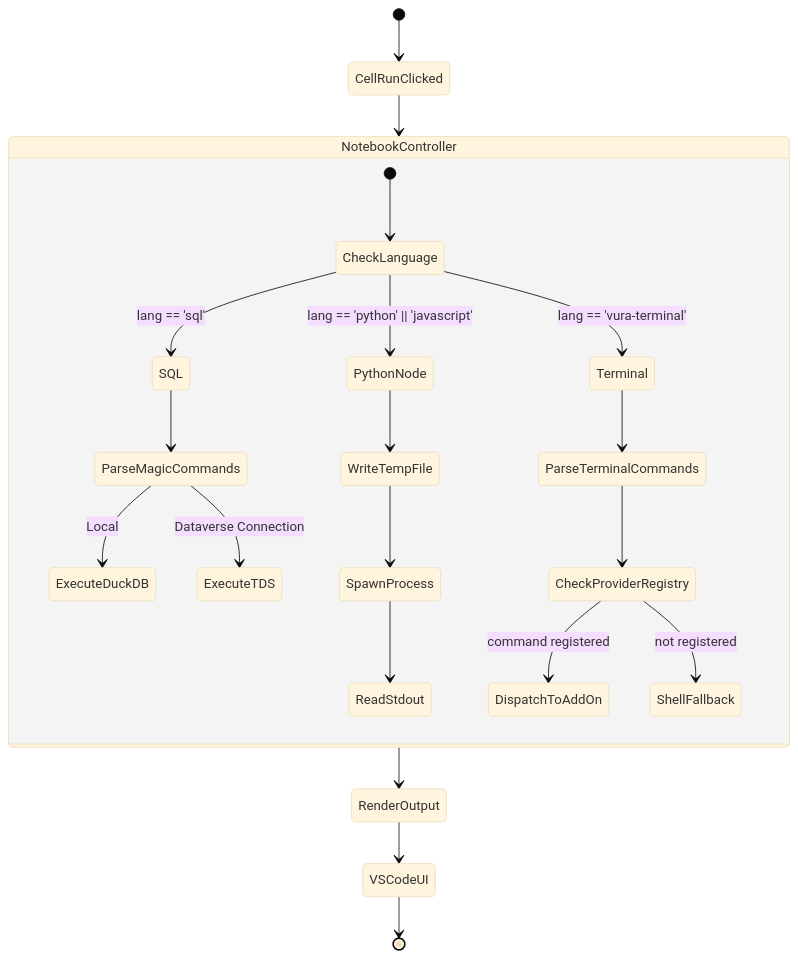
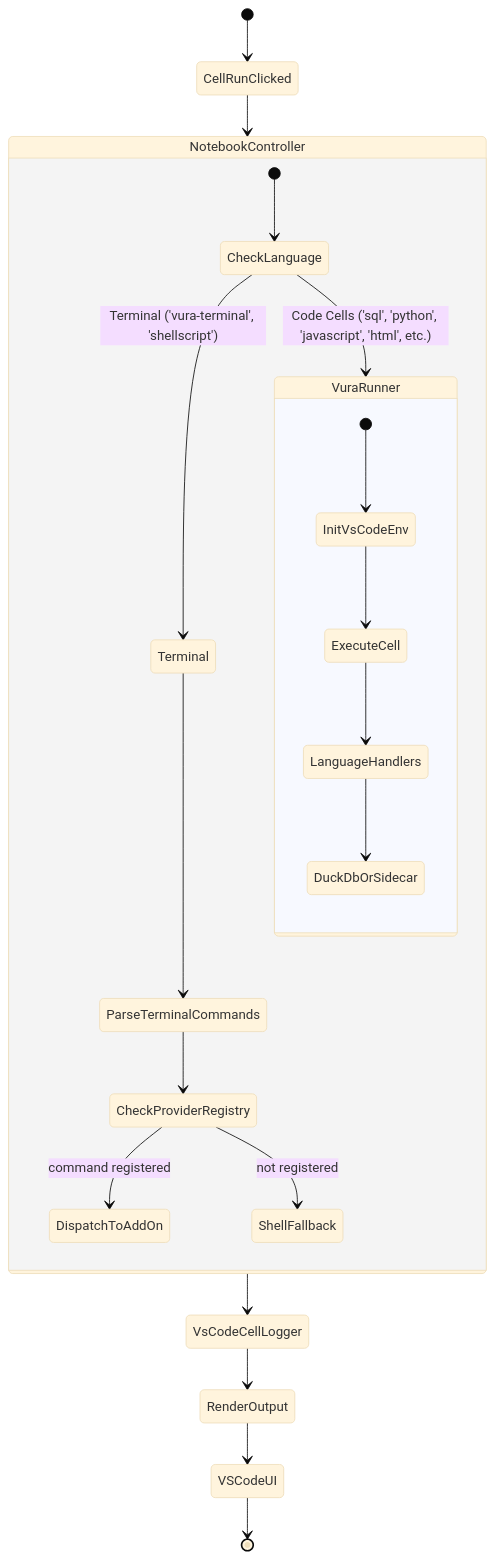
Before and after one commit to nexionlabsdev/vura-public: the diagram in docs/notebook_provider.md, drawn with Mermaid (base theme). The commit also changed other lines of this file and 5 other files, not shown here.

First line of the commit message:
docs: remove gRPC sidecar claims and update execution flow

````diff
--- a/docs/notebook_provider.md
+++ b/docs/notebook_provider.md
@@ -77,31 +76,30 @@
 ```mermaid
 stateDiagram-v2
     [*] --> CellRunClicked
 
     CellRunClicked --> NotebookController
 
     state NotebookController {
         [*] --> CheckLanguage
 
-        CheckLanguage --> SQL : lang == 'sql'
-        CheckLanguage --> PythonNode : lang == 'python' || 'javascript'
-        CheckLanguage --> Terminal : lang == 'vura-terminal'
+        CheckLanguage --> VuraRunner : Code Cells ('sql', 'python', 'javascript', 'html', etc.)
+        CheckLanguage --> Terminal : Terminal ('vura-terminal', 'shellscript')
 
-        SQL --> ParseMagicCommands
-        ParseMagicCommands --> ExecuteDuckDB : Local
-        ParseMagicCommands --> ExecuteTDS : Dataverse Connection
-
-        PythonNode --> WriteTempFile
-        WriteTempFile --> SpawnProcess
-        SpawnProcess --> ReadStdout
+        state VuraRunner {
+            [*] --> InitVsCodeEnv
+            InitVsCodeEnv --> ExecuteCell
+            ExecuteCell --> LanguageHandlers
+            LanguageHandlers --> DuckDbOrSidecar
+        }
 
         Terminal --> ParseTerminalCommands
         ParseTerminalCommands --> CheckProviderRegistry
         CheckProviderRegistry --> DispatchToAddOn : command registered
         CheckProviderRegistry --> ShellFallback : not registered
     }
 
-    NotebookController --> RenderOutput
+    NotebookController --> VsCodeCellLogger
+    VsCodeCellLogger --> RenderOutput
     RenderOutput --> VSCodeUI
     VSCodeUI --> [*]
 ```
````
